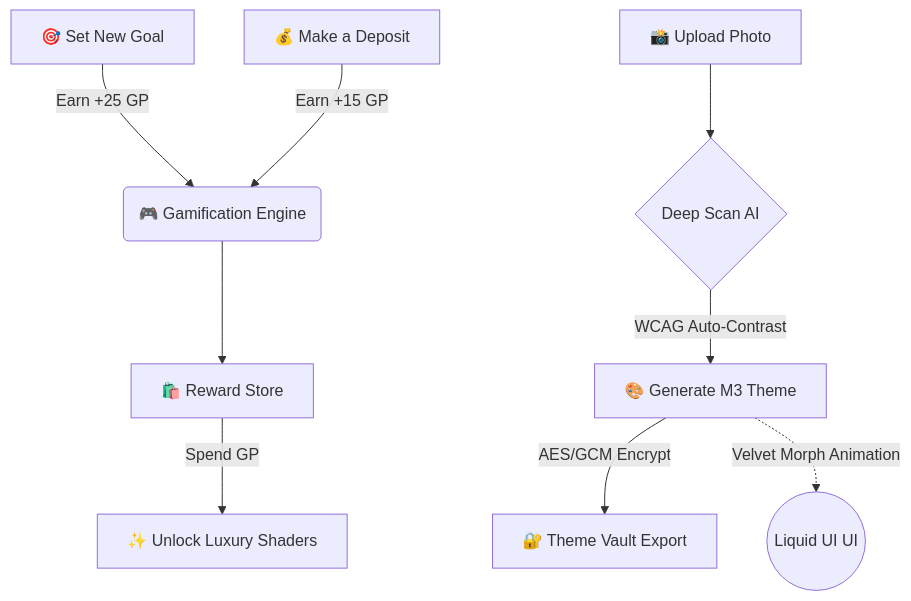
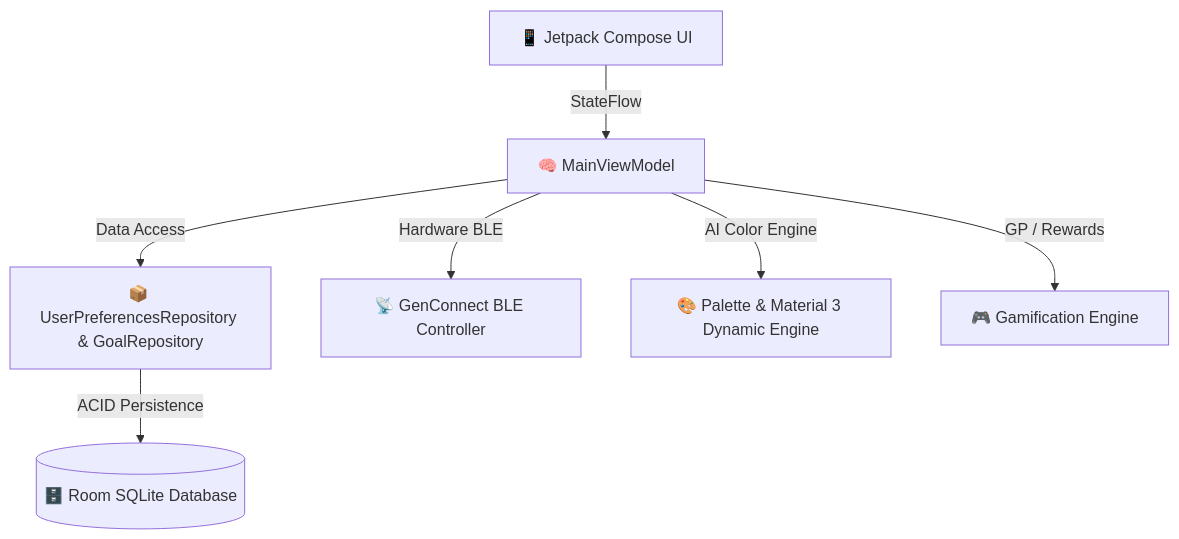
The diagram in README.md (gencode3939/Gen-Box), drawn with Mermaid before and after one commit. The commit also changed other lines of this file, not shown here.

````diff
--- a/README.md
+++ b/README.md
@@ -60,11 +67,9 @@
 ```mermaid
 graph TD
-    A[🎯 Set New Goal] -->|Earn +25 GP| B(🎮 Gamification Engine)
-    C[💰 Make a Deposit] -->|Earn +15 GP| B
-    D[📸 Upload Photo] --> E{Deep Scan AI}
-    E -->|WCAG Auto-Contrast| F[🎨 Generate M3 Theme]
-    F -->|AES/GCM Encrypt| G[🔐 Theme Vault Export]
-    B --> H[🛍️ Reward Store]
-    H -->|Spend GP| I[✨ Unlock Luxury Shaders]
-    F -.->|Velvet Morph Animation| UI((Liquid UI UI))
+    UI[📱 Jetpack Compose UI] -->|StateFlow| VM[🧠 MainViewModel]
+    VM -->|Data Access| REPO[📦 UserPreferencesRepository & GoalRepository]
+    REPO -->|ACID Persistence| DB[(🗄️ Room SQLite Database)]
+    VM -->|Hardware BLE| BLE[📡 GenConnect BLE Controller]
+    VM -->|AI Color Engine| THEME[🎨 Palette & Material 3 Dynamic Engine]
+    VM -->|GP / Rewards| GAME[🎮 Gamification Engine]
 ```
````
